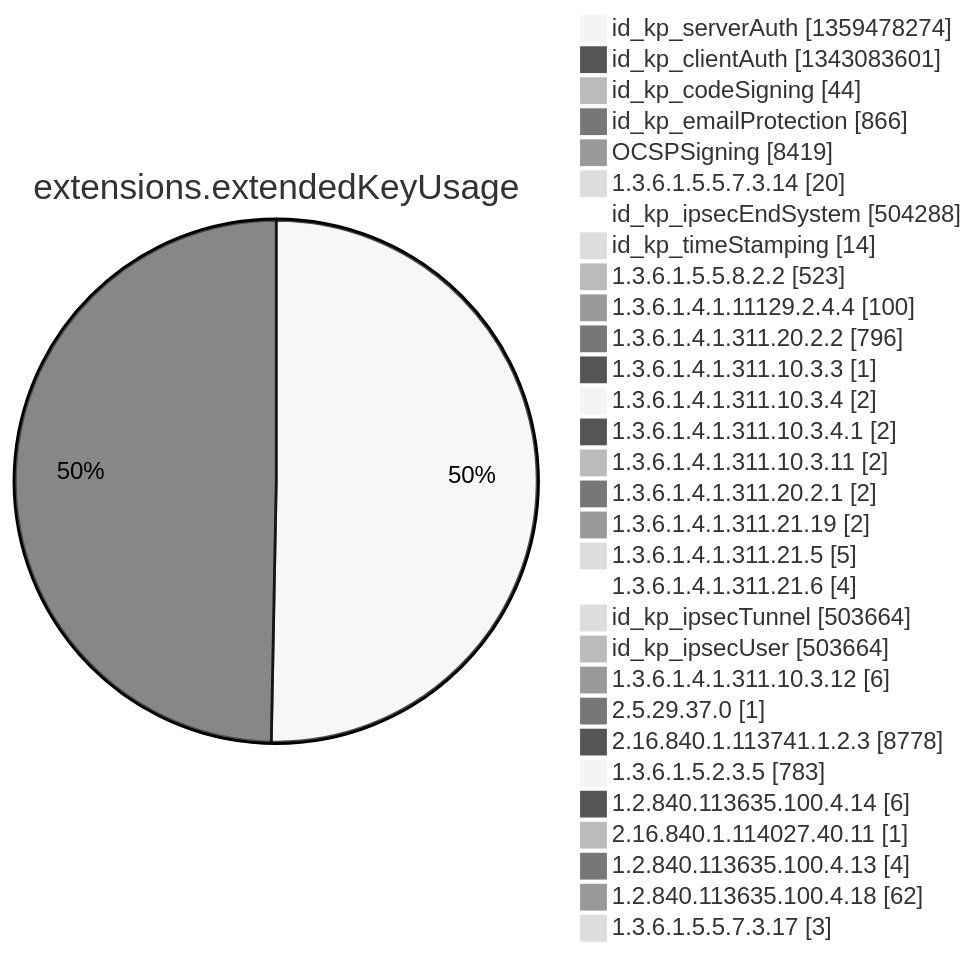
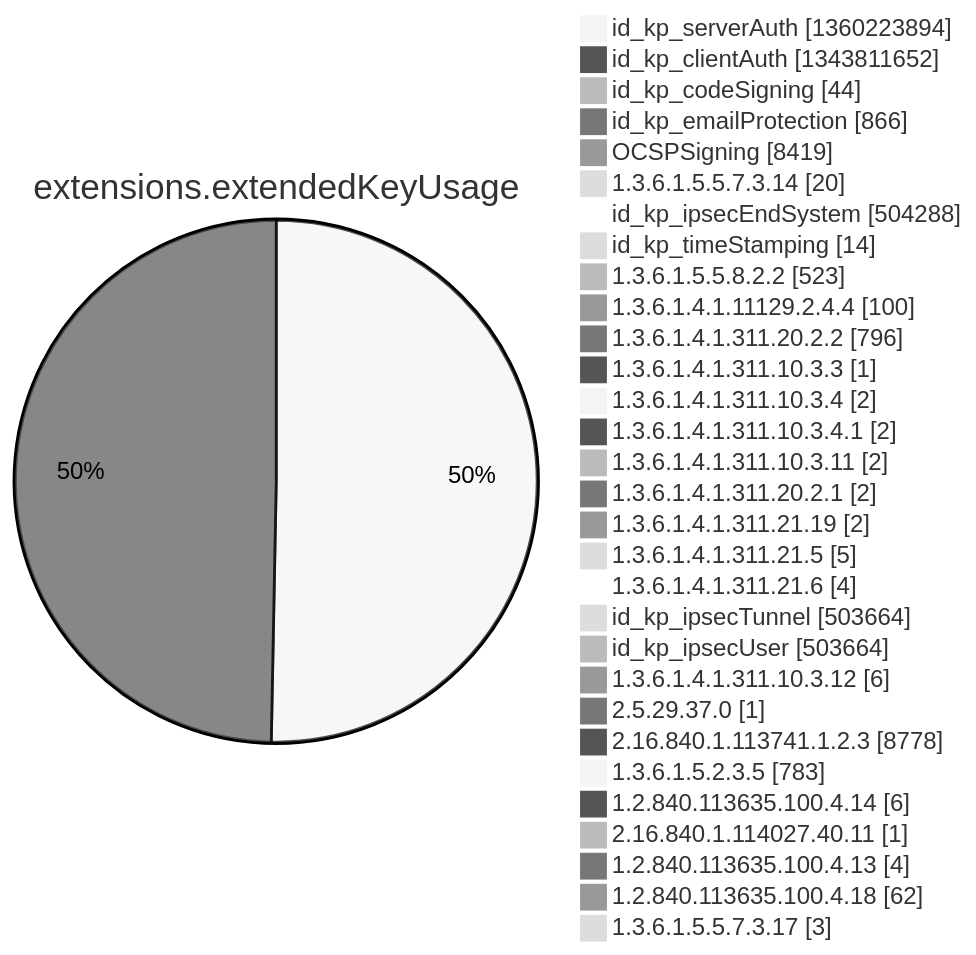
Diagram 12 of 15 in argon2022/README.md (christiankrug/ctmonitor_visualization), drawn with Mermaid (neutral theme) before and after one commit. The commit also changed other lines of this file, not shown here.

````diff
--- a/argon2022/README.md
+++ b/argon2022/README.md
@@ -3553,34 +3553,34 @@
 ```mermaid
 pie showData
 title extensions.extendedKeyUsage
-"id_kp_serverAuth" :1359478274
-"id_kp_clientAuth" :1343083601
+"id_kp_serverAuth" :1360223894
+"id_kp_clientAuth" :1343811652
 "id_kp_codeSigning" :44
 "id_kp_emailProtection" :866
 "OCSPSigning" :8419
 "1.3.6.1.5.5.7.3.14" :20
 "id_kp_ipsecEndSystem" :504288
 "id_kp_timeStamping" :14
 "1.3.6.1.5.5.8.2.2" :523
 "1.3.6.1.4.1.11129.2.4.4" :100
 "1.3.6.1.4.1.311.20.2.2" :796
 "1.3.6.1.4.1.311.10.3.3" :1
 "1.3.6.1.4.1.311.10.3.4" :2
 "1.3.6.1.4.1.311.10.3.4.1" :2
 "1.3.6.1.4.1.311.10.3.11" :2
 "1.3.6.1.4.1.311.20.2.1" :2
 "1.3.6.1.4.1.311.21.19" :2
 "1.3.6.1.4.1.311.21.5" :5
 "1.3.6.1.4.1.311.21.6" :4
 "id_kp_ipsecTunnel" :503664
 "id_kp_ipsecUser" :503664
 "1.3.6.1.4.1.311.10.3.12" :6
 "2.5.29.37.0" :1
 "2.16.840.1.113741.1.2.3" :8778
 "1.3.6.1.5.2.3.5" :783
 "1.2.840.113635.100.4.14" :6
 "2.16.840.1.114027.40.11" :1
 "1.2.840.113635.100.4.13" :4
 "1.2.840.113635.100.4.18" :62
 "1.3.6.1.5.5.7.3.17" :3
 ```
````
